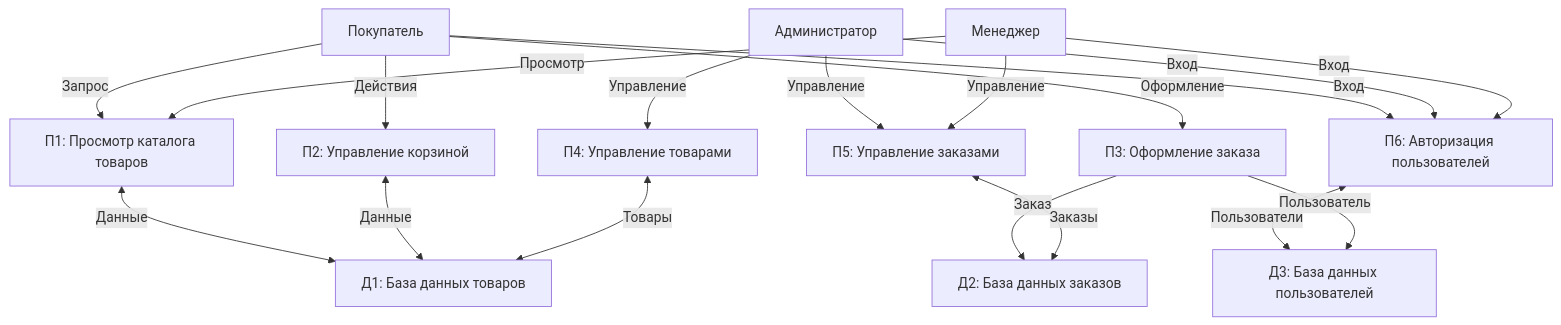
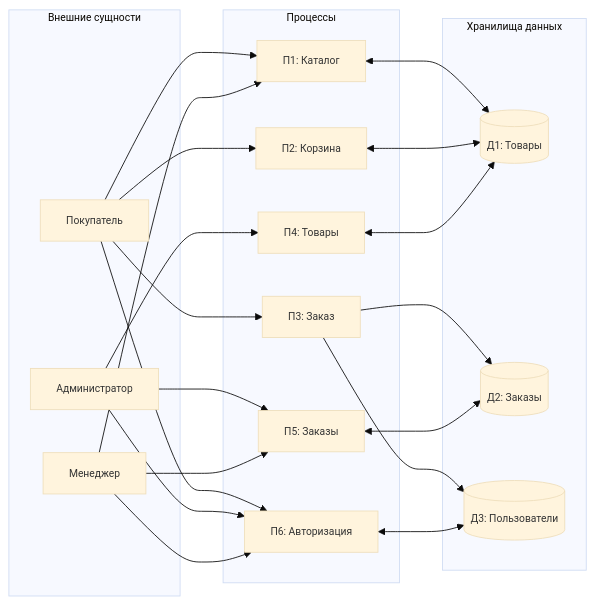
Before and after one commit to BDVRepo/Shop: the seventh of 7 diagrams in example/КУРСОВАЯ_РАБОТА.md, drawn with Mermaid. The commit also changed other lines of this file and 1 other file, not shown here.

````diff
--- a/example/КУРСОВАЯ_РАБОТА.md
+++ b/example/КУРСОВАЯ_РАБОТА.md
@@ -539,39 +495,35 @@
 ```mermaid
-flowchart TD
-    Покупатель[Покупатель]
-    Администратор[Администратор]
-    Менеджер[Менеджер]
+%%{init: {'theme':'base', 'themeVariables': {'fontSize':'12px'}}}%%
+flowchart LR
+    subgraph Ext["Внешние сущности"]
+        Покуп[Покупатель]
+        Админ[Администратор]
+        Мен[Менеджер]
+    end
     
-    П1[П1: Просмотр каталога товаров]
-    П2[П2: Управление корзиной]
-    П3[П3: Оформление заказа]
-    П4[П4: Управление товарами]
-    П5[П5: Управление заказами]
-    П6[П6: Авторизация пользователей]
+    subgraph Proc["Процессы"]
+        П1[П1: Каталог]
+        П2[П2: Корзина]
+        П3[П3: Заказ]
+        П4[П4: Товары]
+        П5[П5: Заказы]
+        П6[П6: Авторизация]
+    end
     
-    Д1[Д1: База данных товаров]
-    Д2[Д2: База данных заказов]
-    Д3[Д3: База данных пользователей]
+    subgraph Data["Хранилища данных"]
+        Д1[(Д1: Товары)]
+        Д2[(Д2: Заказы)]
+        Д3[(Д3: Пользователи)]
+    end
     
-    Покупатель -->|Запрос| П1
-    Покупатель -->|Действия| П2
-    Покупатель -->|Оформление| П3
-    Покупатель -->|Вход| П6
+    Покуп --> П1 & П2 & П3 & П6
+    Админ --> П4 & П5 & П6
+    Мен --> П1 & П5 & П6
     
-    Администратор -->|Управление| П4
-    Администратор -->|Управление| П5
-    Администратор -->|Вход| П6
-    
-    Менеджер -->|Просмотр| П1
-    Менеджер -->|Управление| П5
-    Менеджер -->|Вход| П6
-    
-    П1 <-->|Данные| Д1
-    П2 <-->|Данные| Д1
-    П3 -->|Заказ| Д2
-    П4 <-->|Товары| Д1
-    П5 <-->|Заказы| Д2
-    П6 <-->|Пользователи| Д3
-    
-    П3 -->|Пользователь| Д3
+    П1 <--> Д1
+    П2 <--> Д1
+    П3 --> Д2 & Д3
+    П4 <--> Д1
+    П5 <--> Д2
+    П6 <--> Д3
 ```
````
